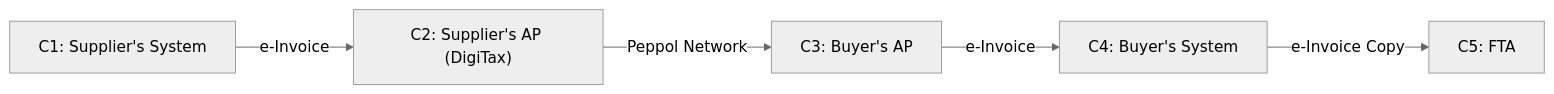
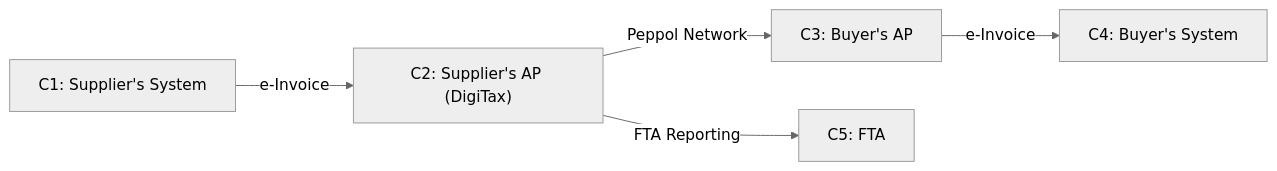
Before and after one commit to namiri-tech/docs-rdme-ae: the second of 2 diagrams in docs/FTA e-invoicing documentation/peppol-and-pint-ae.md, drawn with Mermaid (neutral theme). The commit also changed other lines of this file and 3 other files, not shown here.

First line of the commit message:
docs: fix party schema, mcp, peppol, validations

````diff
--- a/docs/FTA e-invoicing documentation/peppol-and-pint-ae.md
+++ b/docs/FTA e-invoicing documentation/peppol-and-pint-ae.md
@@ -55,7 +55,7 @@
 ```mermaid
 flowchart LR
     C1["C1: Supplier's System"] -- "e-Invoice" --> C2["C2: Supplier's AP (DigiTax)"]
     C2 -- "Peppol Network" --> C3["C3: Buyer's AP"]
     C3 -- "e-Invoice" --> C4["C4: Buyer's System"]
-    C4 -- "e-Invoice Copy" --> C5["C5: FTA"]
+    C2 -- "FTA Reporting" --> C5["C5: FTA"]
 ```
````
